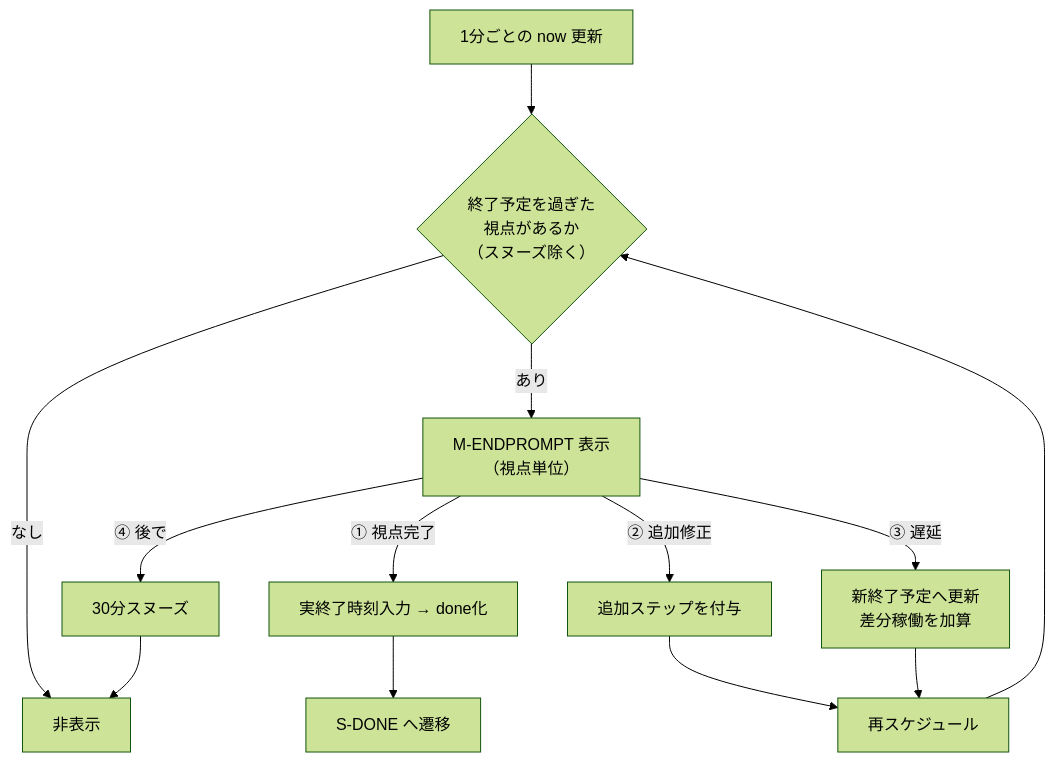
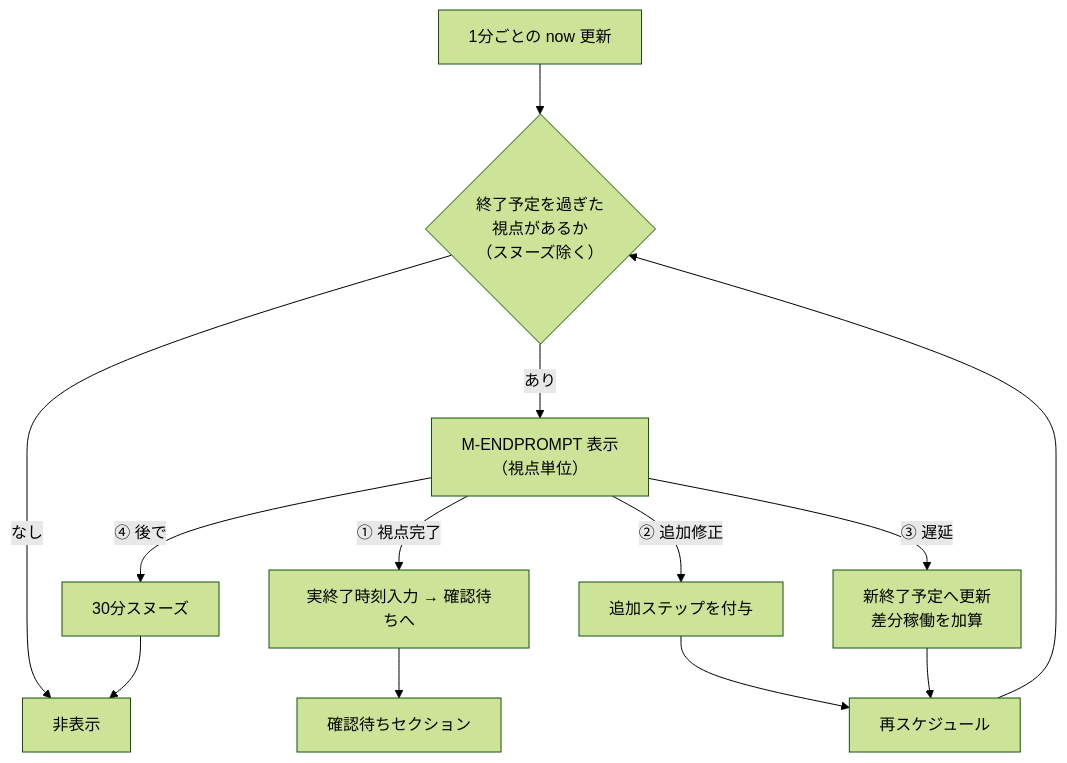
Before and after one commit to NAKAMUAR/koutei-zu: the fourth of 8 diagrams in docs/05_画面遷移図.md, drawn with Mermaid (forest theme). The commit also changed other lines of this file and 5 other files, not shown here.

````diff
--- a/docs/05_画面遷移図.md
+++ b/docs/05_画面遷移図.md
@@ -129,17 +194,17 @@
 ```mermaid
 flowchart TD
     TICK["1分ごとの now 更新"] --> EVAL{"終了予定を過ぎた<br/>視点があるか<br/>（スヌーズ除く）"}
     EVAL -->|"なし"| HIDE["非表示"]
     EVAL -->|"あり"| PROMPT["M-ENDPROMPT 表示<br/>（視点単位）"]
 
-    PROMPT -->|"① 視点完了"| C1["実終了時刻入力 → done化"]
+    PROMPT -->|"① 視点完了"| C1["実終了時刻入力 → 確認待ちへ"]
     PROMPT -->|"② 追加修正"| C2["追加ステップを付与"]
     PROMPT -->|"③ 遅延"| C3["新終了予定へ更新<br/>差分稼働を加算"]
     PROMPT -->|"④ 後で"| C4["30分スヌーズ"]
 
-    C1 --> DONEVIEW["S-DONE へ遷移"]
+    C1 --> REVIEW["確認待ちセクション"]
     C2 --> RECALC["再スケジュール"]
     C3 --> RECALC
     C4 --> HIDE
     RECALC --> EVAL
 ```
````
